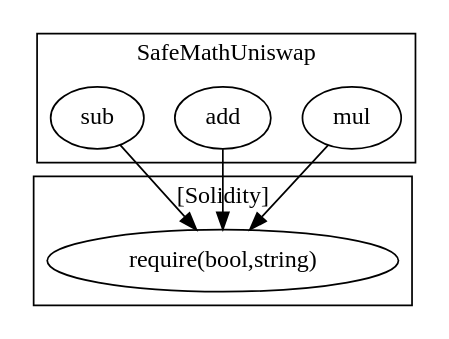
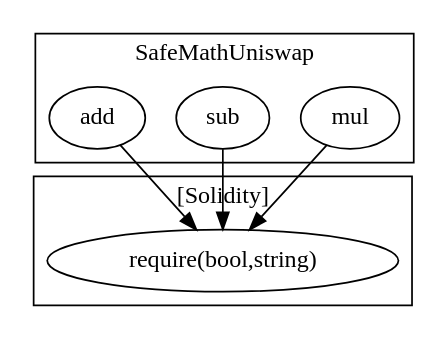
Before and after one commit to naolia1211/Blockchain-Smart-Contract-Security: the diagram in a.sol.SafeMathUniswap.call-graph.dot, drawn with Graphviz. The commit also changed other lines of this file and 5 other files, not shown here.

Commit message:
update call-graph.dot files

```diff
--- a/a.sol.SafeMathUniswap.call-graph.dot
+++ b/a.sol.SafeMathUniswap.call-graph.dot
@@ -1,14 +1,14 @@
 strict digraph {
 subgraph cluster_146_SafeMathUniswap {
 label = "SafeMathUniswap"
 "146_mul" [label="mul"]
+"146_sub" [label="sub"]
 "146_add" [label="add"]
-"146_sub" [label="sub"]
 }subgraph cluster_solidity {
 label = "[Solidity]"
 "require(bool,string)" 
 "146_add" -> "require(bool,string)"
+"146_mul" -> "require(bool,string)"
 "146_sub" -> "require(bool,string)"
-"146_mul" -> "require(bool,string)"
 }
 }
```
